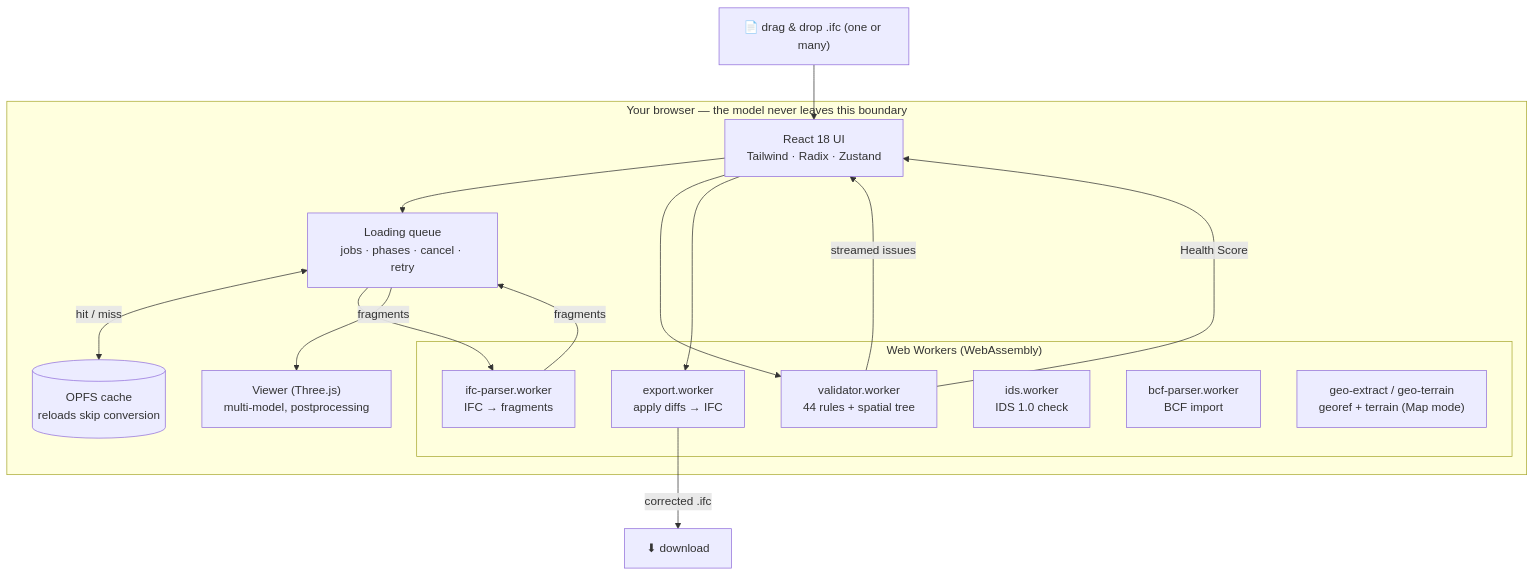
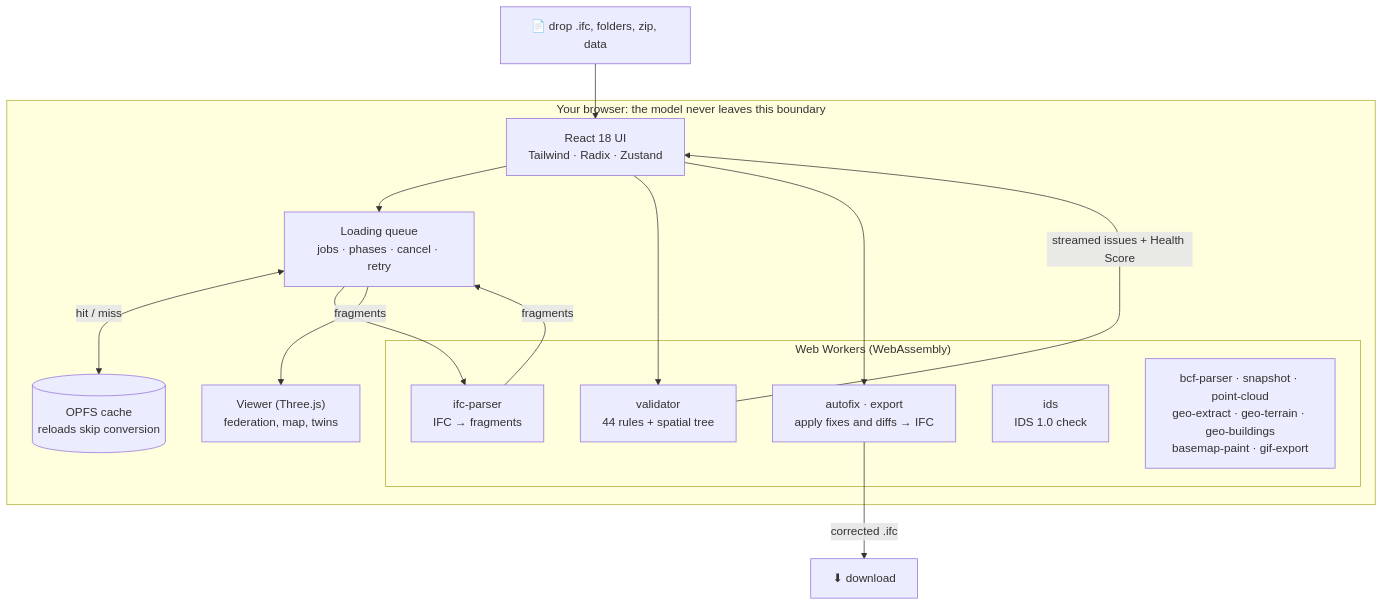
The diagram in readme.md (j03rul4nd/ifc-viewer-online), drawn with Mermaid before and after one commit. The commit also changed other lines of this file and 11 other files, not shown here.

````diff
--- a/readme.md
+++ b/readme.md
@@ -193,30 +159,28 @@
 ```mermaid
 flowchart TD
-    subgraph BROWSER["Your browser — the model never leaves this boundary"]
+    subgraph BROWSER["Your browser: the model never leaves this boundary"]
         UI["React 18 UI<br/>Tailwind · Radix · Zustand"]
         QUEUE["Loading queue<br/>jobs · phases · cancel · retry"]
-        VIEWER["Viewer (Three.js)<br/>multi-model, postprocessing"]
+        VIEWER["Viewer (Three.js)<br/>federation, map, twins"]
         CACHE[("OPFS cache<br/>reloads skip conversion")]
 
         subgraph WORKERS["Web Workers (WebAssembly)"]
-            PARSE["ifc-parser.worker<br/>IFC → fragments"]
-            VALID["validator.worker<br/>44 rules + spatial tree"]
-            EXPORT["export.worker<br/>apply diffs → IFC"]
-            IDS["ids.worker<br/>IDS 1.0 check"]
-            BCF["bcf-parser.worker<br/>BCF import"]
-            GEO["geo-extract / geo-terrain<br/>georef + terrain (Map mode)"]
+            PARSE["ifc-parser<br/>IFC → fragments"]
+            VALID["validator<br/>44 rules + spatial tree"]
+            FIX["autofix · export<br/>apply fixes and diffs → IFC"]
+            IDS["ids<br/>IDS 1.0 check"]
+            MORE["bcf-parser · snapshot · point-cloud<br/>geo-extract · geo-terrain · geo-buildings<br/>basemap-paint · gif-export"]
         end
     end
 
-    FILE["📄 drag &amp; drop .ifc (one or many)"] --> UI
+    FILE["📄 drop .ifc, folders, zip, data"] --> UI
     UI --> QUEUE
     QUEUE <-->|hit / miss| CACHE
     QUEUE --> PARSE
     PARSE -->|fragments| QUEUE
     QUEUE -->|fragments| VIEWER
     UI --> VALID
-    VALID -->|streamed issues| UI
-    VALID -->|Health Score| UI
-    UI --> EXPORT
-    EXPORT -->|corrected .ifc| DL["⬇ download"]
+    VALID -->|streamed issues + Health Score| UI
+    UI --> FIX
+    FIX -->|corrected .ifc| DL["⬇ download"]
 ```
````
